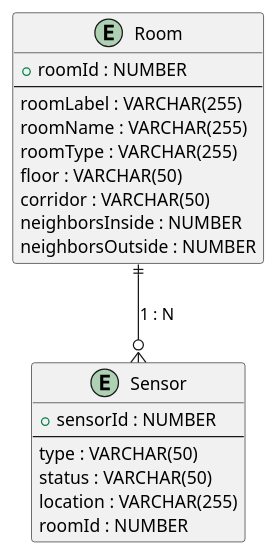
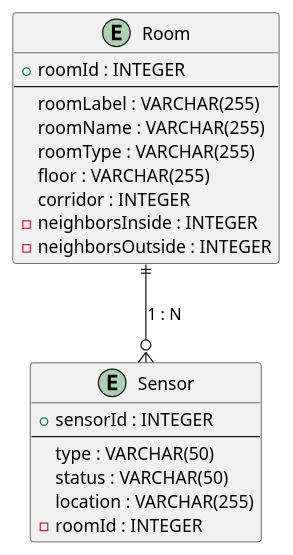
Before and after one commit to 2425-4chif-syp/01-projekte-2025-4chif-syp-pv-panels: the diagram in Documentation/Slides/asciidocs/slides/demo.adoc, drawn with PlantUML. The commit also changed other lines of this file and 1 other file, not shown here.

```diff
--- a/Documentation/Slides/asciidocs/slides/demo.adoc
+++ b/Documentation/Slides/asciidocs/slides/demo.adoc
@@ -101,27 +68,27 @@
 [plantuml, format=svg]
 ----
 @startuml
 entity "Room" as Room {
-  + roomId : NUMBER
-  --
-  roomLabel : VARCHAR(255)
-  roomName : VARCHAR(255)
-  roomType : VARCHAR(255)
-  floor : VARCHAR(50)
-  corridor : VARCHAR(50)
-  neighborsInside : NUMBER
-  neighborsOutside : NUMBER
++ roomId : INTEGER
+--
+roomLabel : VARCHAR(255)
+roomName : VARCHAR(255)
+roomType : VARCHAR(255)
+floor : VARCHAR(255)
+corridor : INTEGER
+- neighborsInside : INTEGER
+- neighborsOutside : INTEGER
 }
 
 entity "Sensor" as Sensor {
-  + sensorId : NUMBER
-  --
-  type : VARCHAR(50)
-  status : VARCHAR(50)
-  location : VARCHAR(255)
-  roomId : NUMBER
++ sensorId : INTEGER
+--
+type : VARCHAR(50)
+status : VARCHAR(50)
+location : VARCHAR(255)
+- roomId : INTEGER
 }
 
 Room ||--o{ Sensor : "1 : N"
 @enduml
-----
+---- 
```
